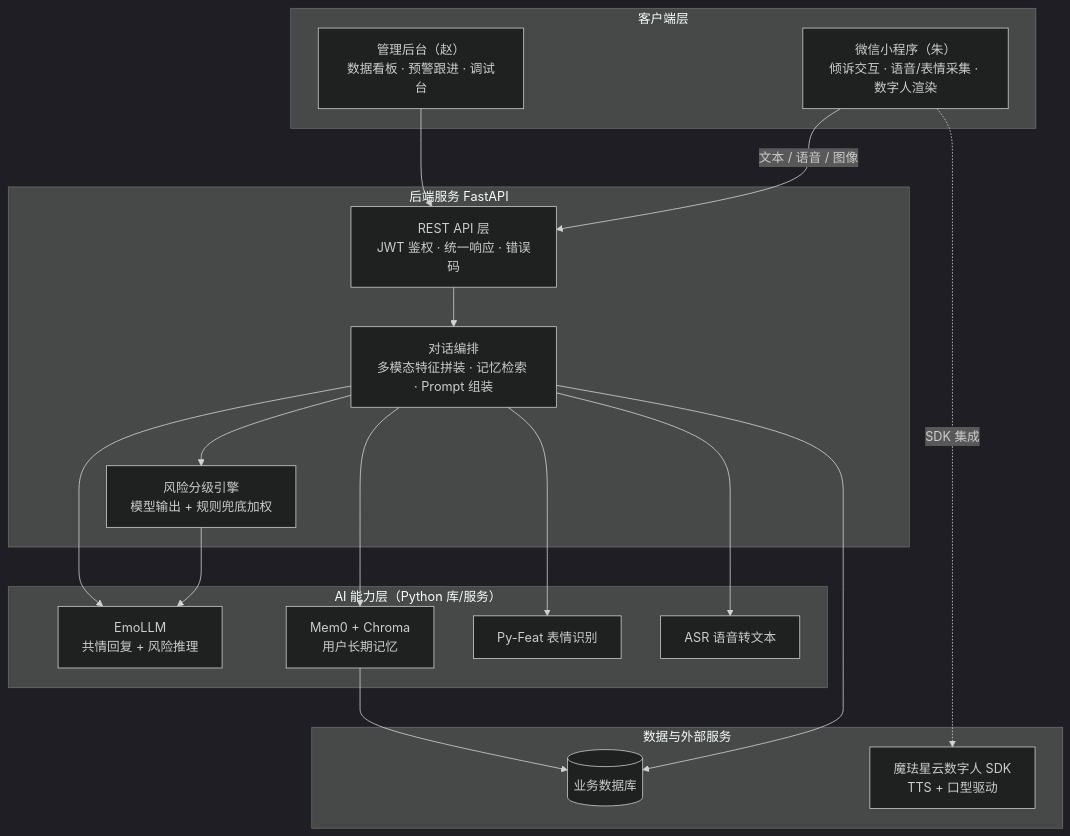
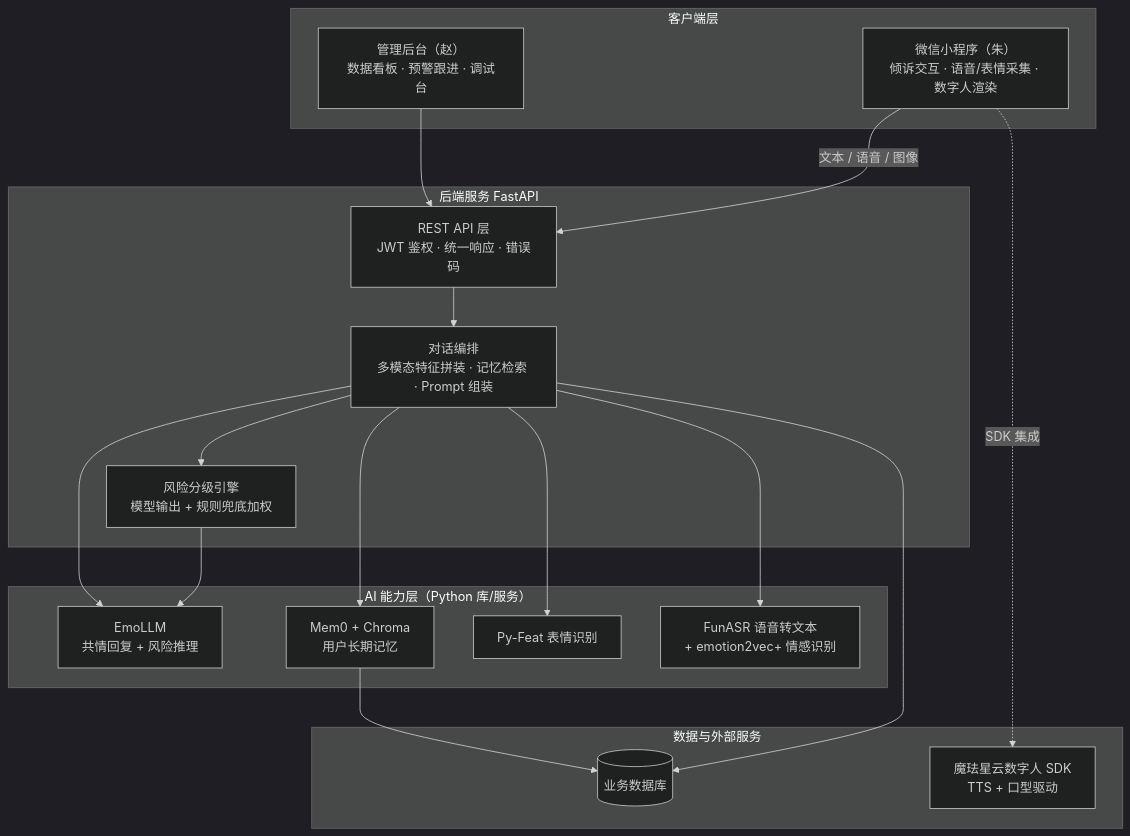
Before and after one commit to huyongbao/MoodHarbor: the first of 3 diagrams in DEVELOPMENT_PLAN.md, drawn with Mermaid (dark theme). The commit also changed other lines of this file and 1 other file, not shown here.

````diff
--- a/DEVELOPMENT_PLAN.md
+++ b/DEVELOPMENT_PLAN.md
@@ -23,38 +23,38 @@
 ```mermaid
 graph TB
     subgraph CLIENT["客户端层"]
         MP["微信小程序（朱）<br/>倾诉交互 · 语音/表情采集 · 数字人渲染"]
         ADMIN["管理后台（赵）<br/>数据看板 · 预警跟进 · 调试台"]
     end
 
     subgraph SERVER["后端服务 FastAPI"]
         API["REST API 层<br/>JWT 鉴权 · 统一响应 · 错误码"]
         CHAT["对话编排<br/>多模态特征拼装 · 记忆检索 · Prompt 组装"]
         RISK["风险分级引擎<br/>模型输出 + 规则兜底加权"]
     end
 
     subgraph AI["AI 能力层（Python 库/服务）"]
         LLM["EmoLLM<br/>共情回复 + 风险推理"]
         MEM["Mem0 + Chroma<br/>用户长期记忆"]
         FEAT["Py-Feat 表情识别"]
-        ASR["ASR 语音转文本"]
+        AUDIO["FunASR 语音转文本<br/>+ emotion2vec+ 情感识别"]
     end
 
     subgraph INFRA["数据与外部服务"]
         DB[("业务数据库")]
         DH["魔珐星云数字人 SDK<br/>TTS + 口型驱动"]
     end
 
     MP -->|文本 / 语音 / 图像| API
     ADMIN --> API
     API --> CHAT
-    CHAT --> ASR
+    CHAT --> AUDIO
     CHAT --> FEAT
     CHAT --> MEM
     CHAT --> RISK
     RISK --> LLM
     CHAT --> LLM
     CHAT --> DB
     MEM --> DB
     MP -.->|SDK 集成| DH
 ```
````
